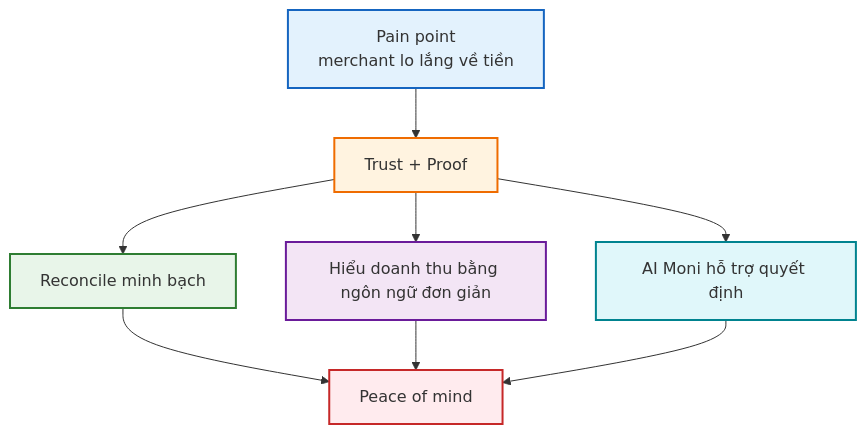
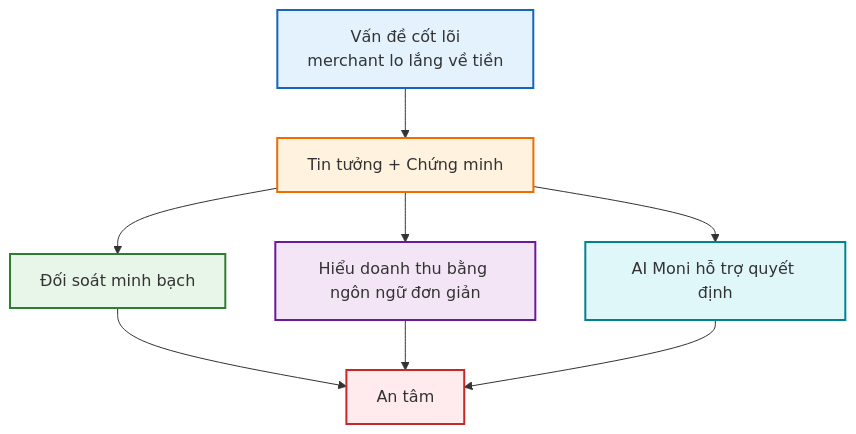
The seventh of 11 diagrams in product-areas/sme-merchants-product-design.md (lamtquyen03/momo-product-engineering), drawn with Mermaid before and after one commit. The commit also changed other lines of this file, not shown here.

Commit message:
[VIETSUB] Fully translate the SME merchant page content

````diff
--- a/product-areas/sme-merchants-product-design.md
+++ b/product-areas/sme-merchants-product-design.md
@@ -261,17 +261,17 @@
 ```mermaid
 flowchart TB
-    A["Pain point<br/>merchant lo lắng về tiền"] --> B["Trust + Proof"]
-    B --> C["Reconcile minh bạch"]
+    A["Vấn đề cốt lõi<br/>merchant lo lắng về tiền"] --> B["Tin tưởng + Chứng minh"]
+    B --> C["Đối soát minh bạch"]
     B --> D["Hiểu doanh thu bằng ngôn ngữ đơn giản"]
     B --> E["AI Moni hỗ trợ quyết định"]
-    C --> F["Peace of mind"]
+    C --> F["An tâm"]
     D --> F
     E --> F
 
     style A fill:#E3F2FD,stroke:#1565C0,stroke-width:2px
     style B fill:#FFF3E0,stroke:#EF6C00,stroke-width:2px
     style C fill:#E8F5E9,stroke:#2E7D32,stroke-width:2px
     style D fill:#F3E5F5,stroke:#6A1B9A,stroke-width:2px
     style E fill:#E0F7FA,stroke:#00838F,stroke-width:2px
     style F fill:#FFEBEE,stroke:#C62828,stroke-width:2px
 ```
````
